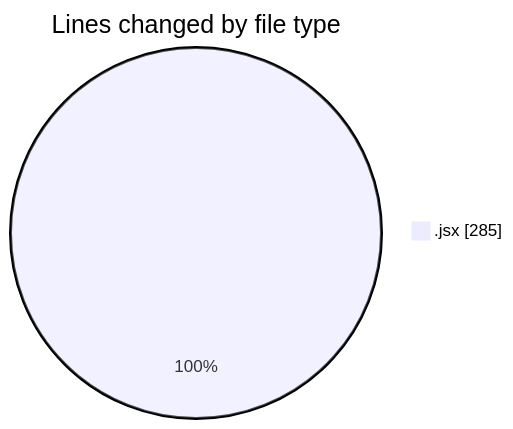
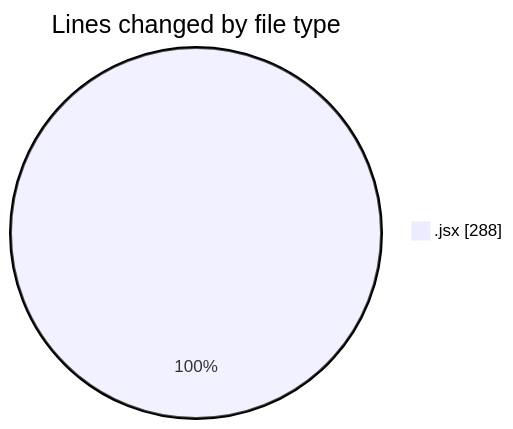
The first of 2 diagrams in 2025-06-05/nxtqube_webapp/README.md (nxtqubesakshisongat/code-tracking), drawn with Mermaid before and after one commit. The commit also changed other lines of this file and 1 other file, not shown here.

````diff
--- a/2025-06-05/nxtqube_webapp/README.md
+++ b/2025-06-05/nxtqube_webapp/README.md
@@ -21,5 +21,5 @@
 ```mermaid
 pie showData
 title Lines changed by file type
-".jsx" : 285
+".jsx" : 288
 ```
````
